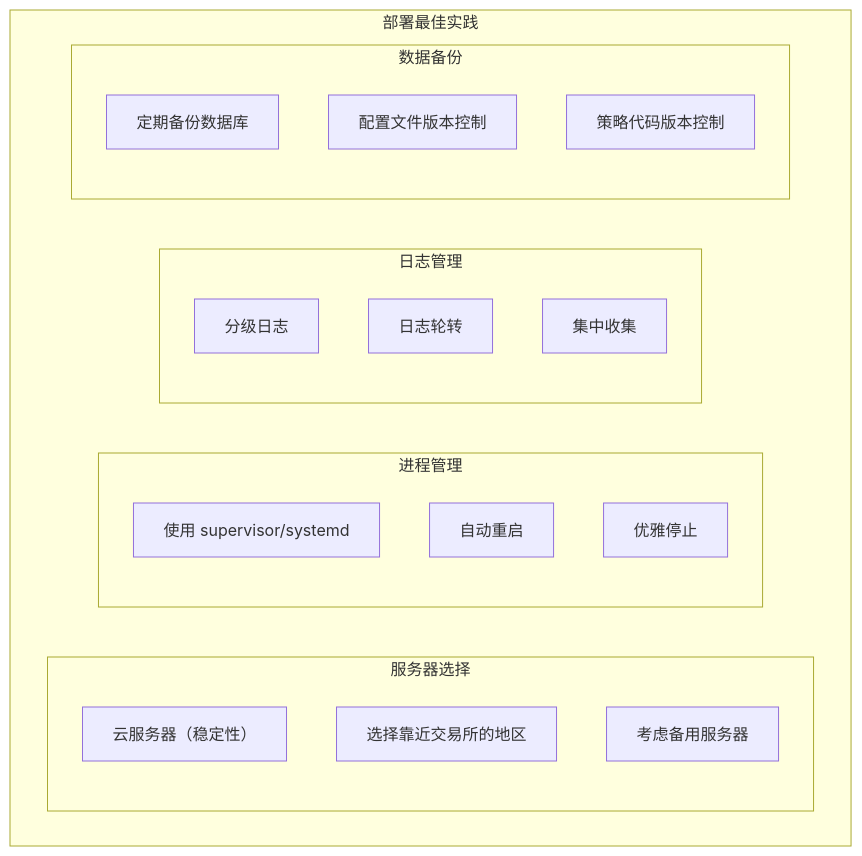
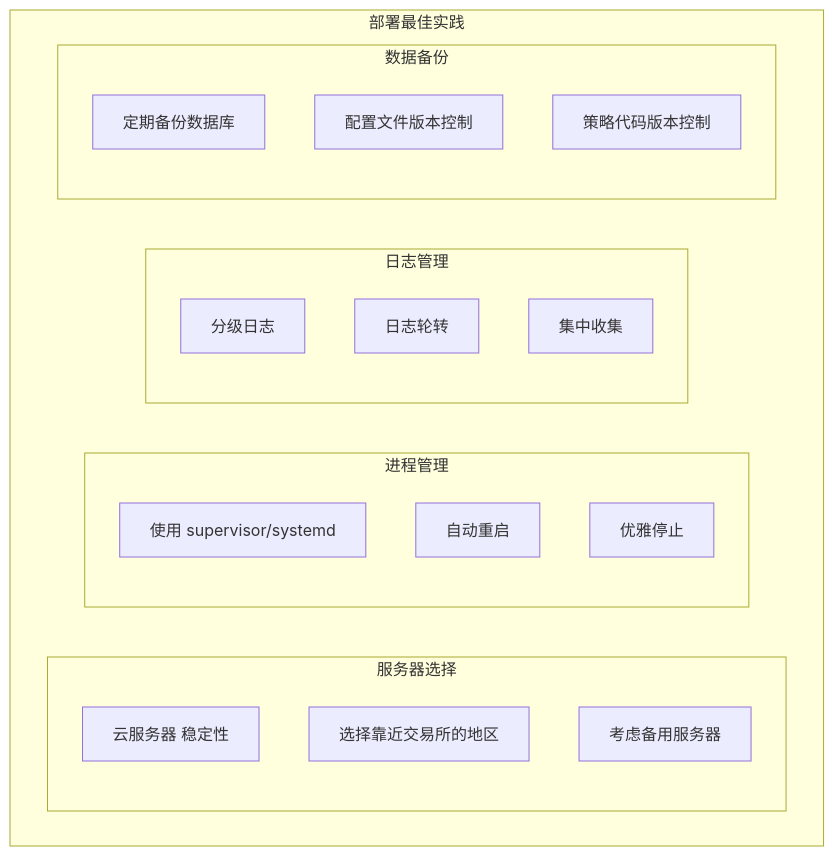
The ninth of 10 diagrams in content/articles/quant/quant-09-从回测到实盘.md (jpixy/jpixy.github.io), drawn with Mermaid before and after one commit. The commit also changed other lines of this file and 66 other files, not shown here.

Commit message:
fix: resolve Mermaid syntax errors by removing parentheses in node labels

````diff
--- a/content/articles/quant/quant-09-从回测到实盘.md
+++ b/content/articles/quant/quant-09-从回测到实盘.md
@@ -688,25 +688,25 @@
 ```mermaid
 graph TB
     subgraph 部署实践["部署最佳实践"]
         subgraph 服务器选择
-            S1["云服务器（稳定性）"]
+            S1["云服务器 稳定性"]
             S2["选择靠近交易所的地区"]
             S3["考虑备用服务器"]
         end
         subgraph 进程管理
             J1["使用 supervisor/systemd"]
             J2["自动重启"]
             J3["优雅停止"]
         end
         subgraph 日志管理
             R1["分级日志"]
             R2["日志轮转"]
             R3["集中收集"]
         end
         subgraph 数据备份
             B1["定期备份数据库"]
             B2["配置文件版本控制"]
             B3["策略代码版本控制"]
         end
     end
 ```
````
